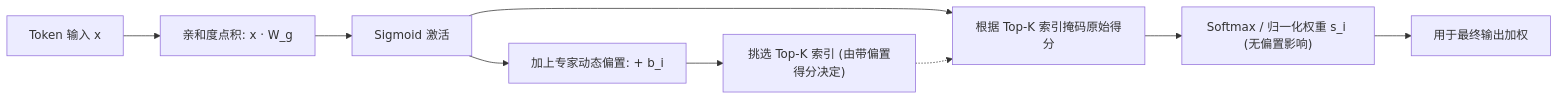
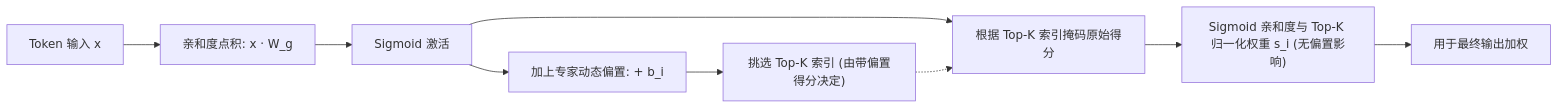
The second of 6 diagrams in content/zh/articles/moe-expert-parallelism-inference-engine.md (ifnodoraemon/ifnodoraemon.github.io), drawn with Mermaid before and after one commit. The commit also changed other lines of this file and 171 other files, not shown here.

````diff
--- a/content/zh/articles/moe-expert-parallelism-inference-engine.md
+++ b/content/zh/articles/moe-expert-parallelism-inference-engine.md
@@ -166,13 +166,13 @@
 ```mermaid
 flowchart LR
     X["Token 输入 x"] --> DOT["亲和度点积: x · W_g"]
     DOT --> SIG["Sigmoid 激活"]
     
     SIG --> ADD_BIAS["加上专家动态偏置: + b_i"]
     ADD_BIAS --> TOPK["挑选 Top-K 索引 (由带偏置得分决定)"]
     
     SIG --> MASK["根据 Top-K 索引掩码原始得分"]
     TOPK -.-> MASK
-    MASK --> NORM["Softmax / 归一化权重 s_i (无偏置影响)"]
+    MASK --> NORM["Sigmoid 亲和度与 Top-K 归一化权重 s_i (无偏置影响)"]
     NORM --> OUT["用于最终输出加权"]
 ```
````
